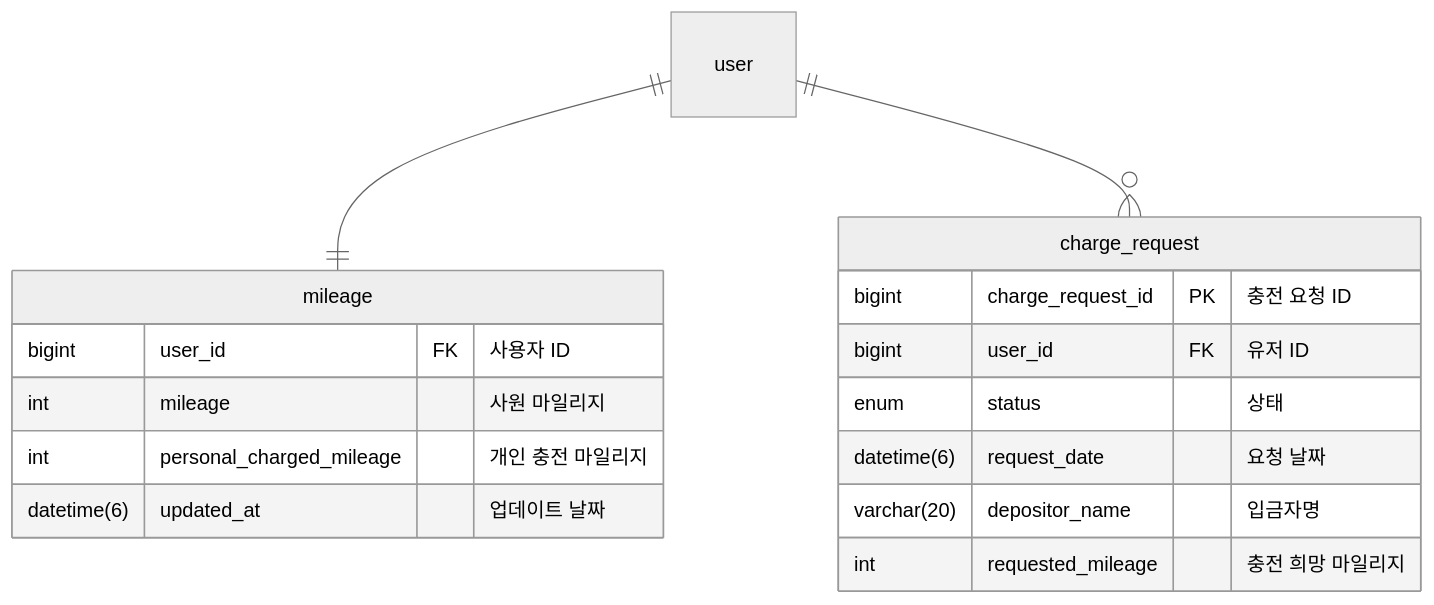
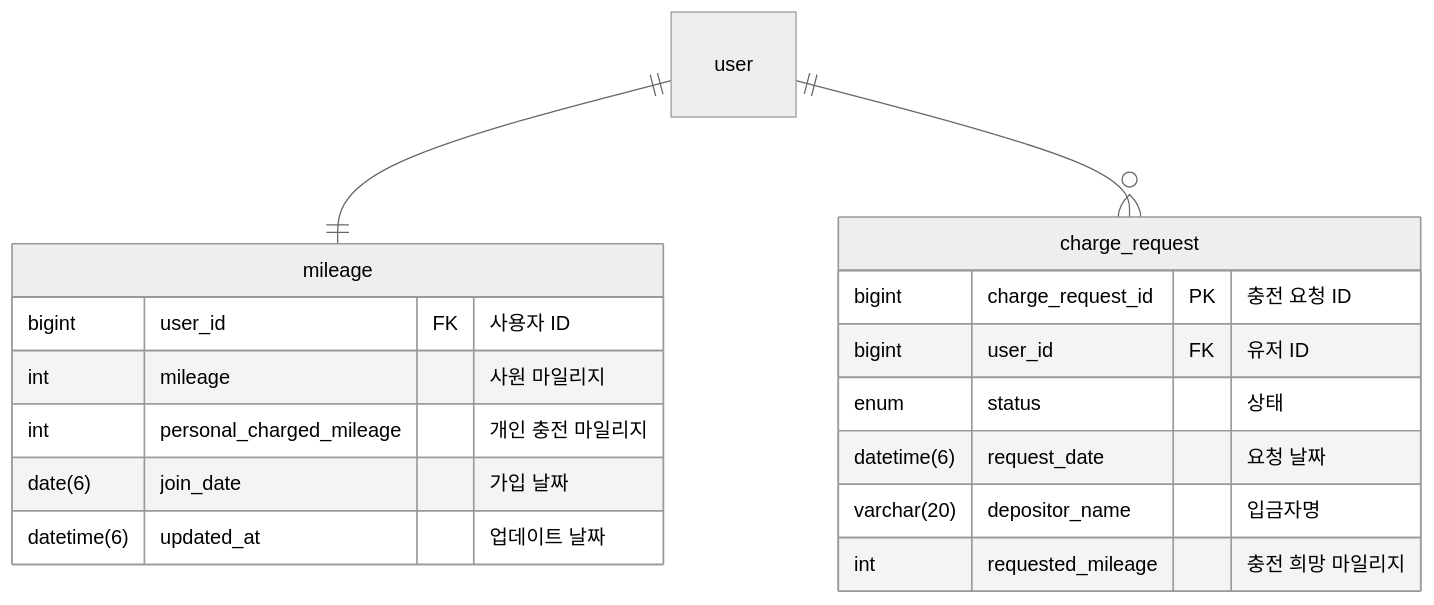
The third of 9 diagrams in Erd.md (kea-dpang/docs), drawn with Mermaid (neutral theme) before and after one commit. The commit also changed other lines of this file and 3 other files, not shown here.

````diff
--- a/Erd.md
+++ b/Erd.md
@@ -95,21 +98,22 @@
 ```mermaid
 erDiagram
     mileage {
         bigint user_id FK "사용자 ID"
         int mileage "사원 마일리지"
         int personal_charged_mileage "개인 충전 마일리지"
+        date(6) join_date "가입 날짜"
         datetime(6) updated_at "업데이트 날짜"
     }
 
     charge_request {
         bigint charge_request_id PK "충전 요청 ID"
         bigint user_id FK "유저 ID"
         enum status "상태"
         datetime(6) request_date "요청 날짜"
         varchar(20) depositor_name "입금자명"
         int requested_mileage "충전 희망 마일리지"
     }
 
     user ||--|| mileage: ""
     user ||--o{ charge_request: ""
 ```
````
